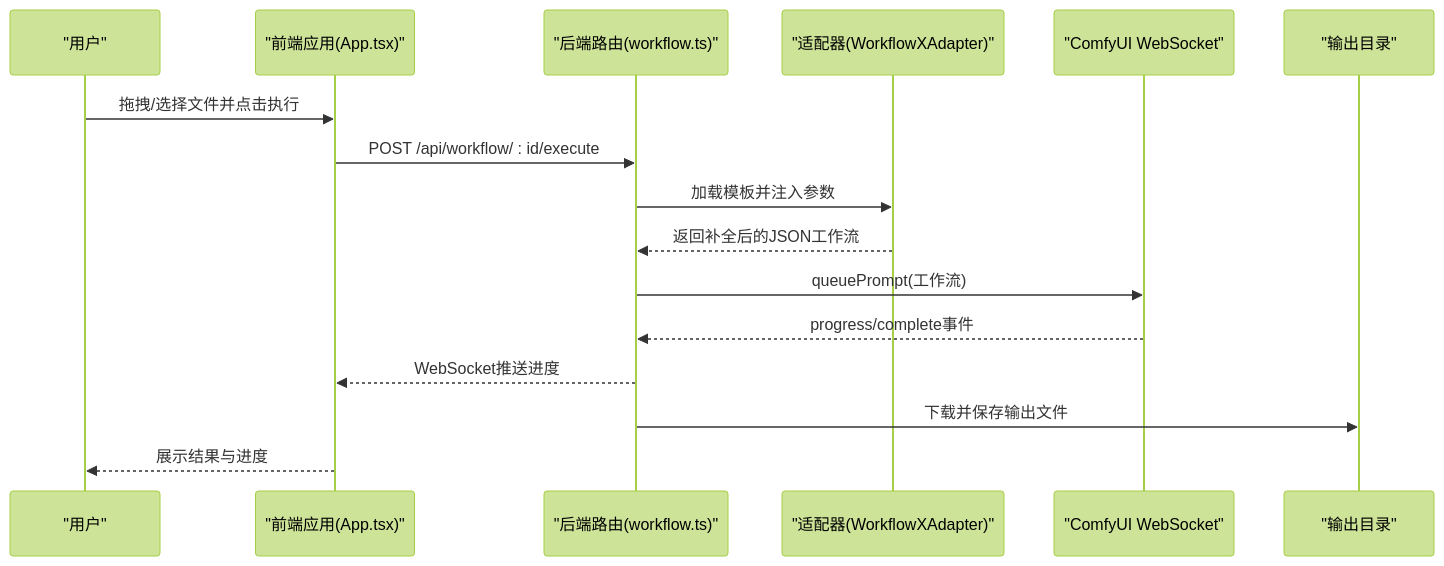
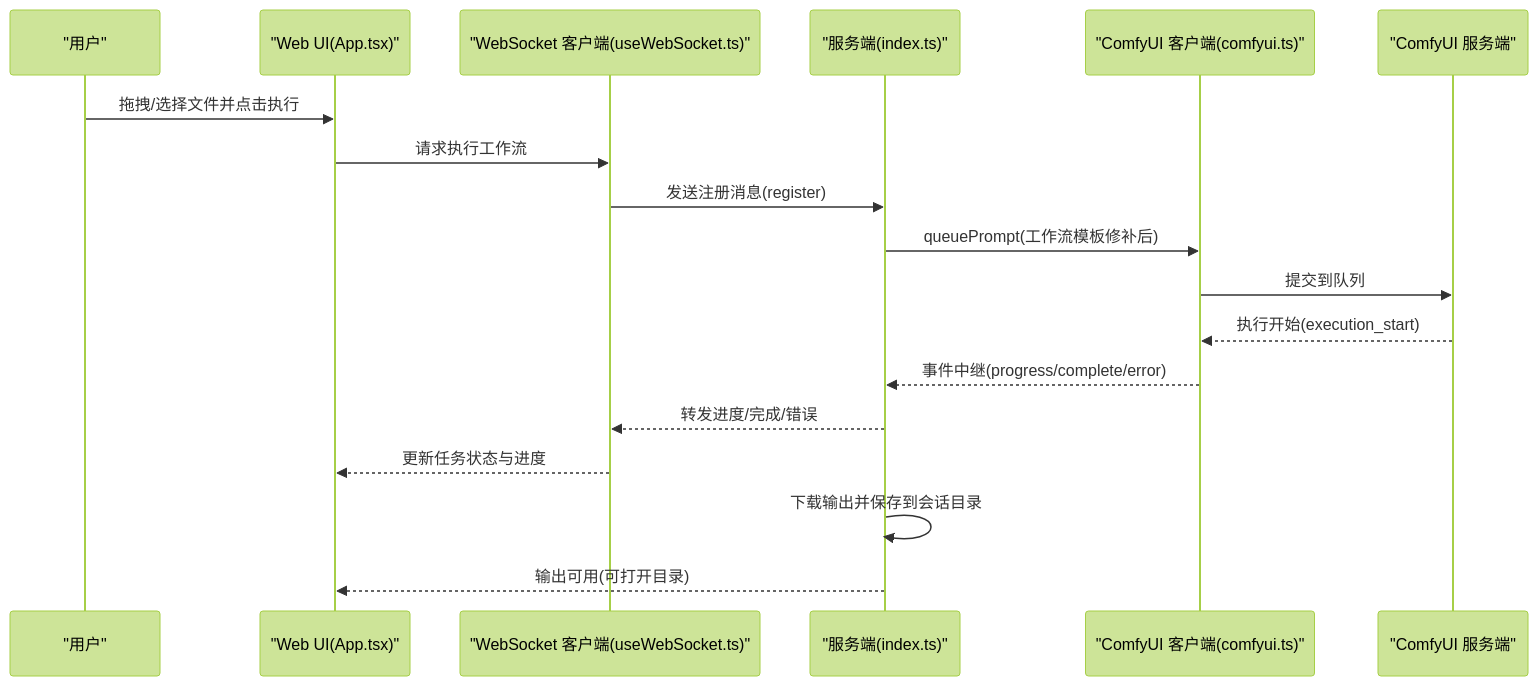
Before and after one commit to billye220670/CorineKit_Pix2Real: the second of 7 diagrams in .qoder/repowiki/zh/content/项目概述/项目介绍.md, drawn with Mermaid (forest theme). The commit also changed other lines of this file and 315 other files, not shown here.

````diff
--- a/.qoder/repowiki/zh/content/项目概述/项目介绍.md
+++ b/.qoder/repowiki/zh/content/项目概述/项目介绍.md
@@ -111,18 +119,20 @@
 ```mermaid
 sequenceDiagram
 participant U as "用户"
-participant FE as "前端应用(App.tsx)"
-participant BE as "后端路由(workflow.ts)"
-participant AD as "适配器(WorkflowXAdapter)"
-participant WS as "ComfyUI WebSocket"
-participant OUT as "输出目录"
-U->>FE : 拖拽/选择文件并点击执行
-FE->>BE : POST /api/workflow/ : id/execute
-BE->>AD : 加载模板并注入参数
-AD-->>BE : 返回补全后的JSON工作流
-BE->>WS : queuePrompt(工作流)
-WS-->>BE : progress/complete事件
-BE-->>FE : WebSocket推送进度
-BE->>OUT : 下载并保存输出文件
-FE-->>U : 展示结果与进度
+participant UI as "Web UI(App.tsx)"
+participant WS as "WebSocket 客户端(useWebSocket.ts)"
+participant S as "服务端(index.ts)"
+participant C as "ComfyUI 客户端(comfyui.ts)"
+participant P as "ComfyUI 服务端"
+U->>UI : 拖拽/选择文件并点击执行
+UI->>WS : 请求执行工作流
+WS->>S : 发送注册消息(register)
+S->>C : queuePrompt(工作流模板修补后)
+C->>P : 提交到队列
+P-->>C : 执行开始(execution_start)
+C-->>S : 事件中继(progress/complete/error)
+S-->>WS : 转发进度/完成/错误
+WS-->>UI : 更新任务状态与进度
+S->>S : 下载输出并保存到会话目录
+S-->>UI : 输出可用(可打开目录)
 ```
````
